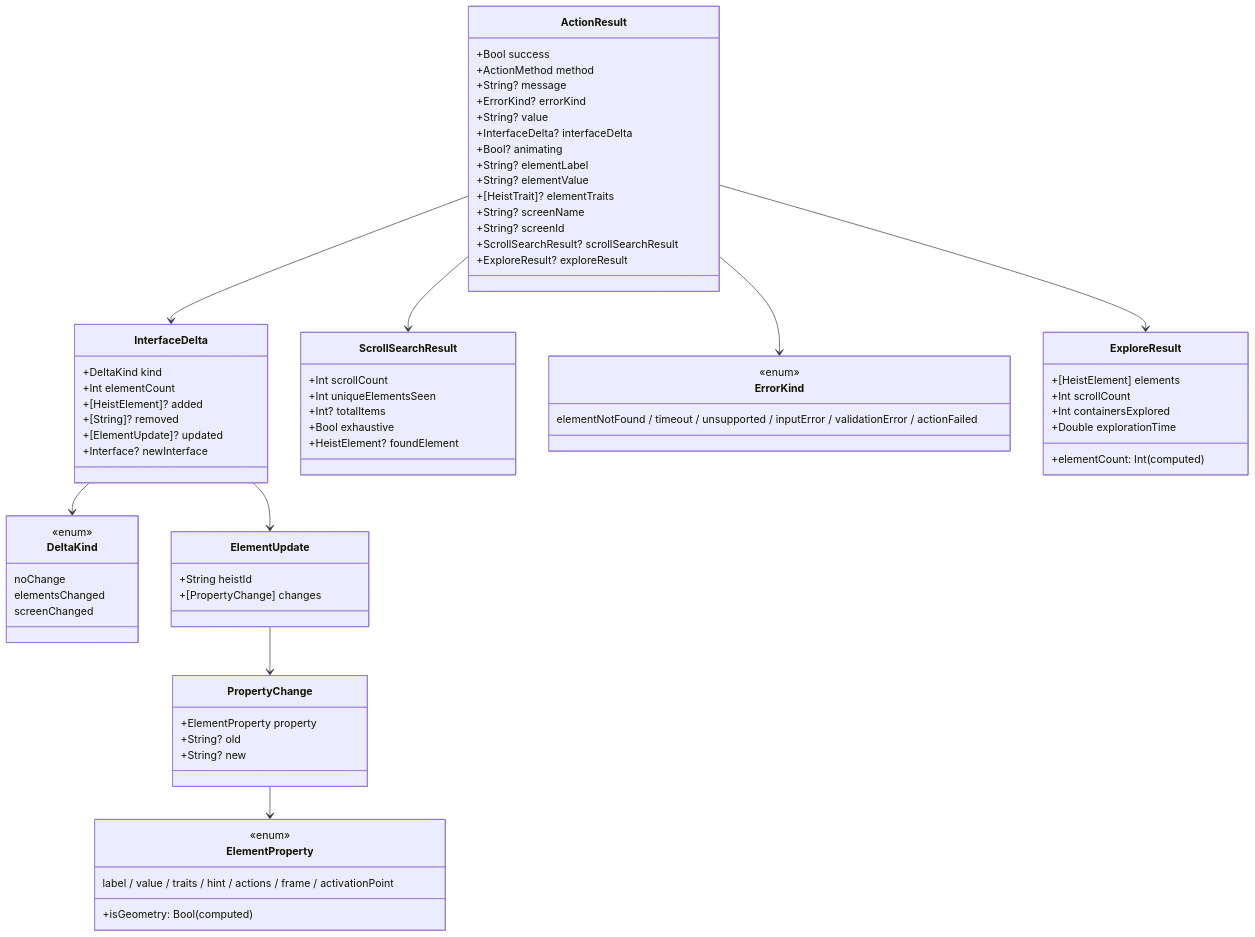
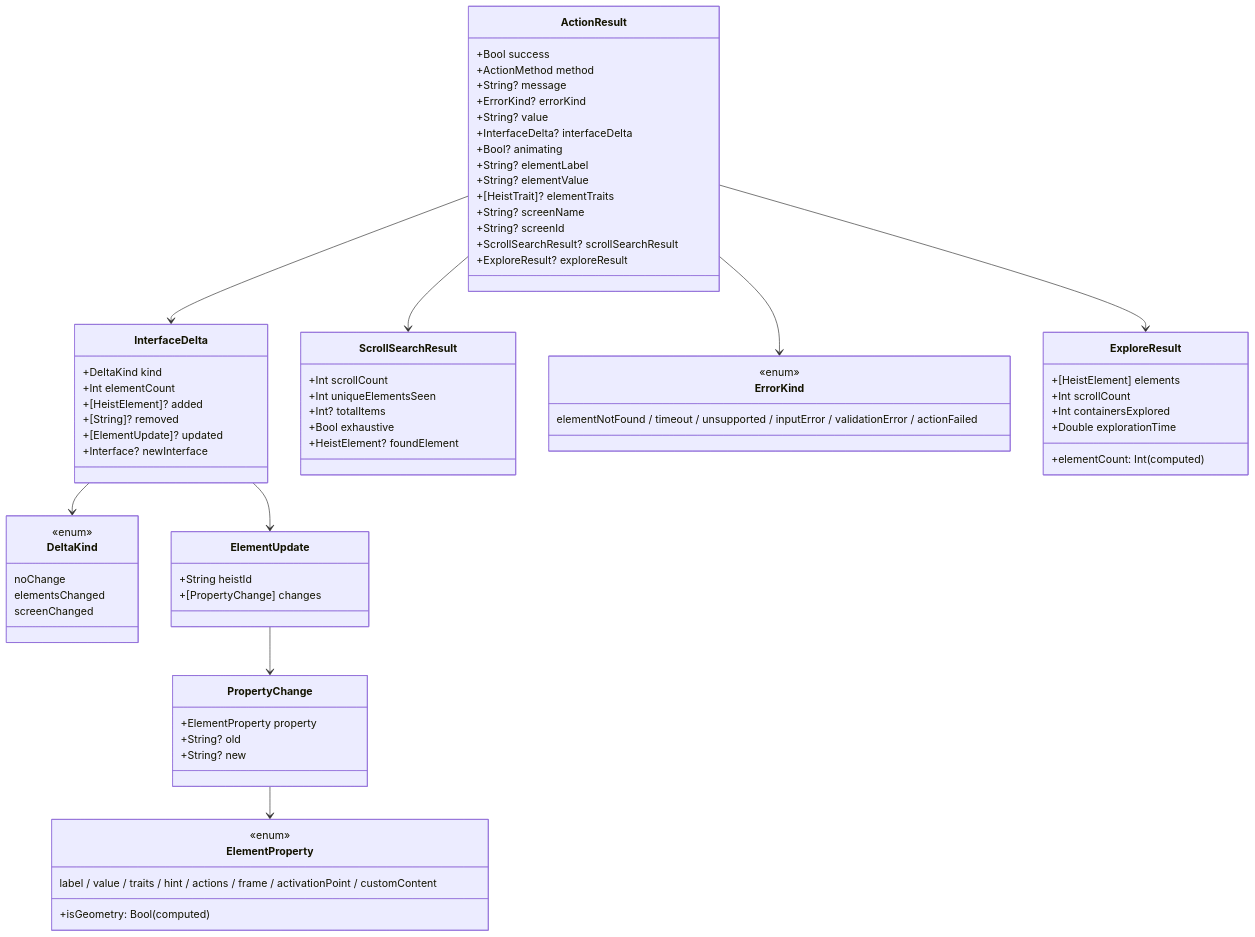
One commit to RoyalPineapple/TheButtonHeist changed the fifth of 7 diagrams in docs/dossiers/01-THESCORE.md. Above: the diagram before and after it, drawn with Mermaid. The commit also changed 11 other files, not shown here.

First line of the commit message:
Expose accessibility custom content at summary detail level (#282)

````diff
--- a/docs/dossiers/01-THESCORE.md
+++ b/docs/dossiers/01-THESCORE.md
@@ -188,82 +188,82 @@
 ```mermaid
 classDiagram
     class ActionResult {
         +Bool success
         +ActionMethod method
         +String? message
         +ErrorKind? errorKind
         +String? value
         +InterfaceDelta? interfaceDelta
         +Bool? animating
         +String? elementLabel
         +String? elementValue
         +[HeistTrait]? elementTraits
         +String? screenName
         +String? screenId
         +ScrollSearchResult? scrollSearchResult
         +ExploreResult? exploreResult
     }
 
     class InterfaceDelta {
         +DeltaKind kind
         +Int elementCount
         +[HeistElement]? added
         +[String]? removed
         +[ElementUpdate]? updated
         +Interface? newInterface
     }
 
     class DeltaKind {
         <<enum>>
         noChange
         elementsChanged
         screenChanged
     }
 
     class ScrollSearchResult {
         +Int scrollCount
         +Int uniqueElementsSeen
         +Int? totalItems
         +Bool exhaustive
         +HeistElement? foundElement
     }
 
     class ElementUpdate {
         +String heistId
         +[PropertyChange] changes
     }
 
     class PropertyChange {
         +ElementProperty property
         +String? old
         +String? new
     }
 
     class ElementProperty {
         <<enum>>
-        label / value / traits / hint / actions / frame / activationPoint
+        label / value / traits / hint / actions / frame / activationPoint / customContent
         +isGeometry: Bool (computed)
     }
 
     class ErrorKind {
         <<enum>>
         elementNotFound / timeout / unsupported / inputError / validationError / actionFailed
     }
 
     class ExploreResult {
         +[HeistElement] elements
         +Int scrollCount
         +Int containersExplored
         +Double explorationTime
         +elementCount: Int (computed)
     }
 
     ActionResult --> ErrorKind
     ActionResult --> InterfaceDelta
     ActionResult --> ScrollSearchResult
     ActionResult --> ExploreResult
     InterfaceDelta --> DeltaKind
     InterfaceDelta --> ElementUpdate
     ElementUpdate --> PropertyChange
     PropertyChange --> ElementProperty
 ```
````
